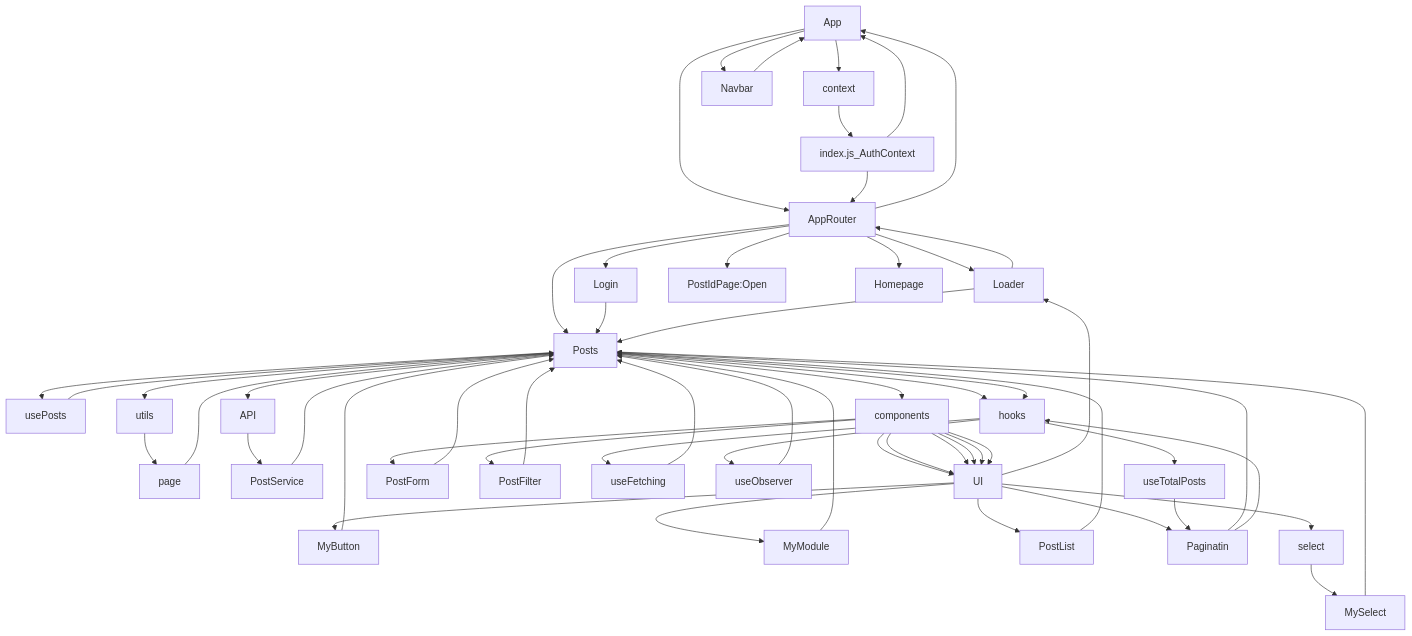
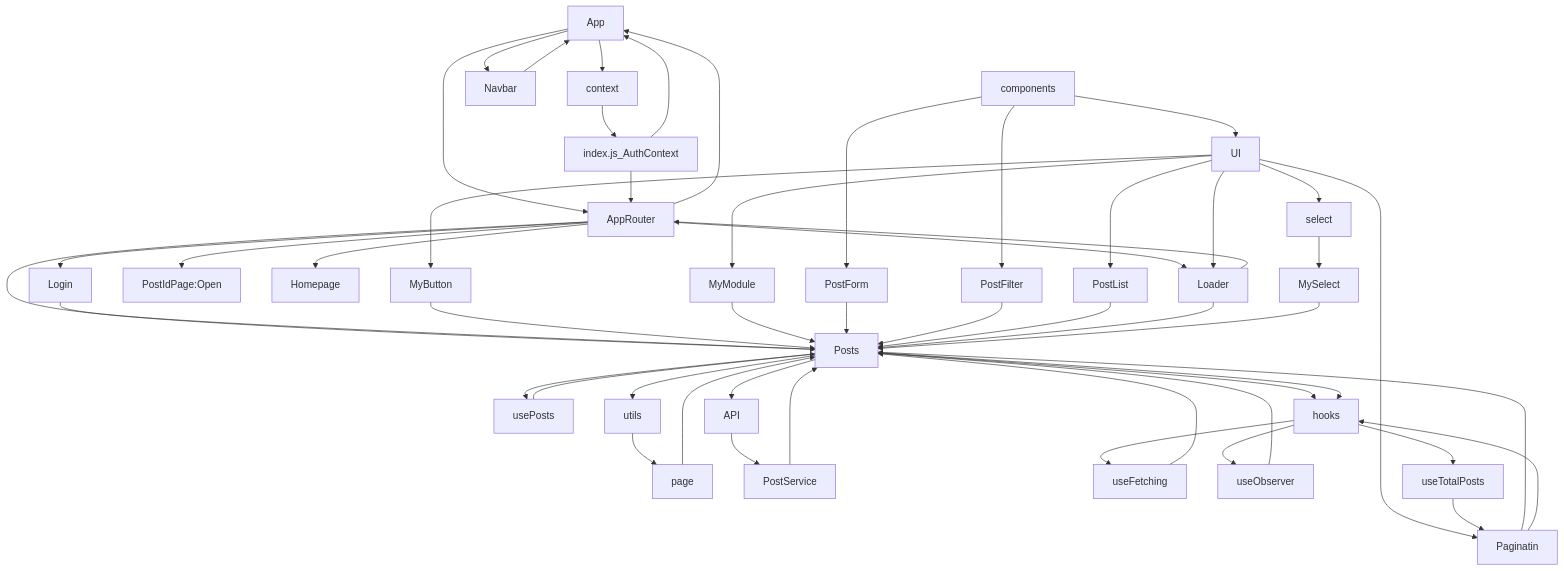
One commit to Freeze35/test-react-project changed the first of 2 diagrams in README.md. Above: the diagram before and after it, drawn with Mermaid.

````diff
--- a/README.md
+++ b/README.md
@@ -112,40 +112,40 @@
 ```mermaid
 graph TD;
    App-->context-->index.js_AuthContext-->App
    App-->Navbar
    App-->AppRouter
    Navbar-->App
    AppRouter-->App
    index.js_AuthContext-->AppRouter
    AppRouter-->Loader
    Loader-->AppRouter
    AppRouter-->Posts
    AppRouter-->Login
    Login-->Posts
    AppRouter-->PostIdPage:Open
    AppRouter-->Homepage
    Posts-->usePosts-->Posts
    Posts-->utils-->page-->Posts
    Posts-->API-->PostService-->Posts
    components-->UI-->MyButton
    MyButton-->Posts
-   components-->UI-->MyModule-->Posts
+   UI-->MyModule-->Posts
    components-->PostForm
    PostForm-->Posts
    components-->PostFilter
    PostFilter-->Posts
-   components-->UI-->PostList
+   UI-->PostList
    PostList-->Posts
-   components-->UI-->Loader
+   UI-->Loader
    Loader-->Posts
-   components-->UI-->Paginatin
+   UI-->Paginatin
    Paginatin-->Posts
    Posts-->hooks-->useFetching
    useFetching-->Posts
    Posts-->hooks-->useObserver
    useObserver-->Posts
-   Posts-->components-->UI-->select-->MySelect
+   UI-->select-->MySelect
    MySelect-->Posts
    Paginatin-->hooks-->useTotalPosts-->Paginatin
    
 ```
````
